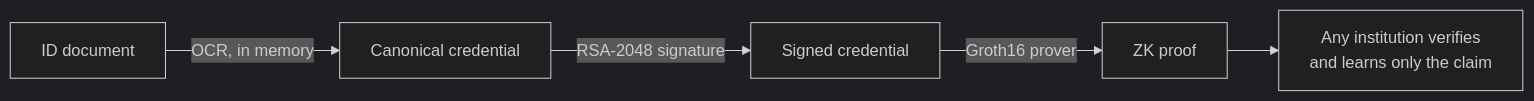
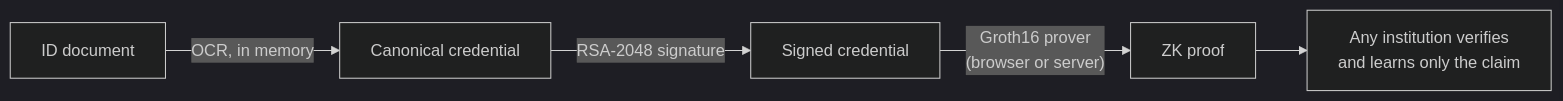
The diagram in README.md (bhargava-sarma/zkID), drawn with Mermaid (dark theme) before and after one commit. The commit also changed other lines of this file and 24 other files, not shown here.

````diff
--- a/README.md
+++ b/README.md
@@ -21,7 +22,7 @@
 ```mermaid
 flowchart LR
     A["ID document"] -->|"OCR, in memory"| B["Canonical credential"]
     B -->|"RSA-2048 signature"| C["Signed credential"]
-    C -->|"Groth16 prover"| D["ZK proof"]
+    C -->|"Groth16 prover<br/>(browser or server)"| D["ZK proof"]
     D --> E["Any institution verifies<br/>and learns only the claim"]
 ```
````
